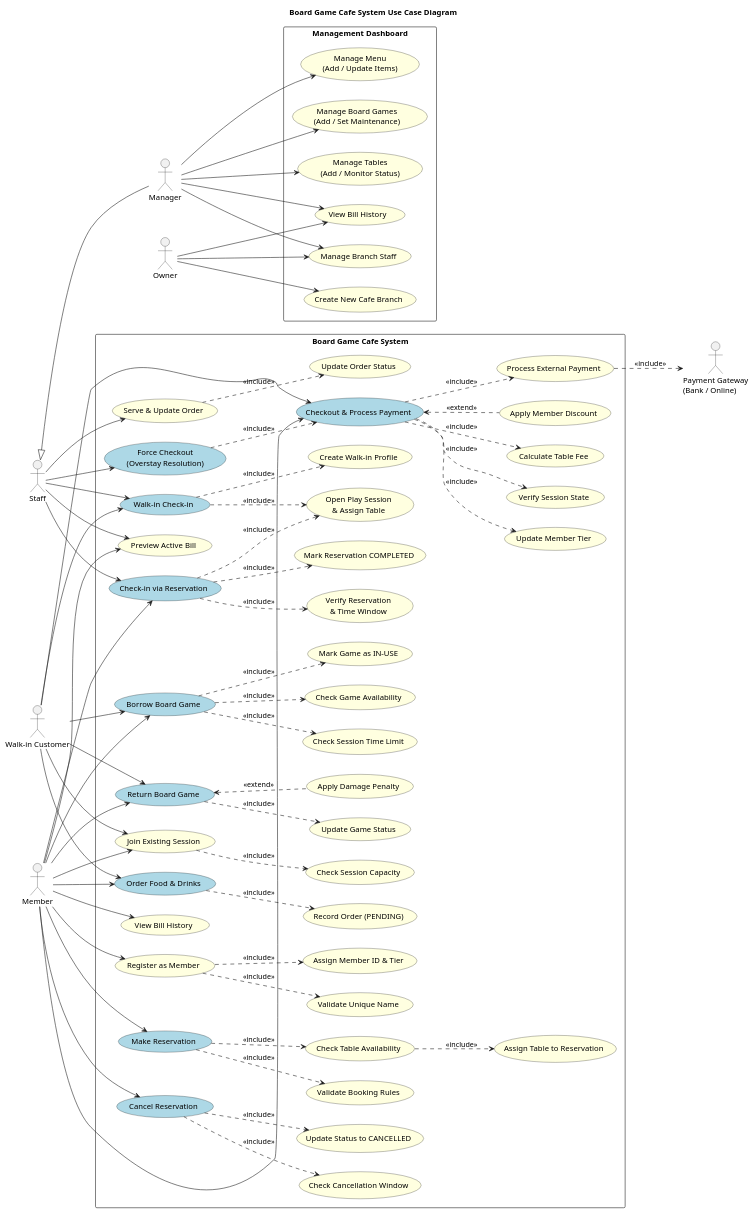
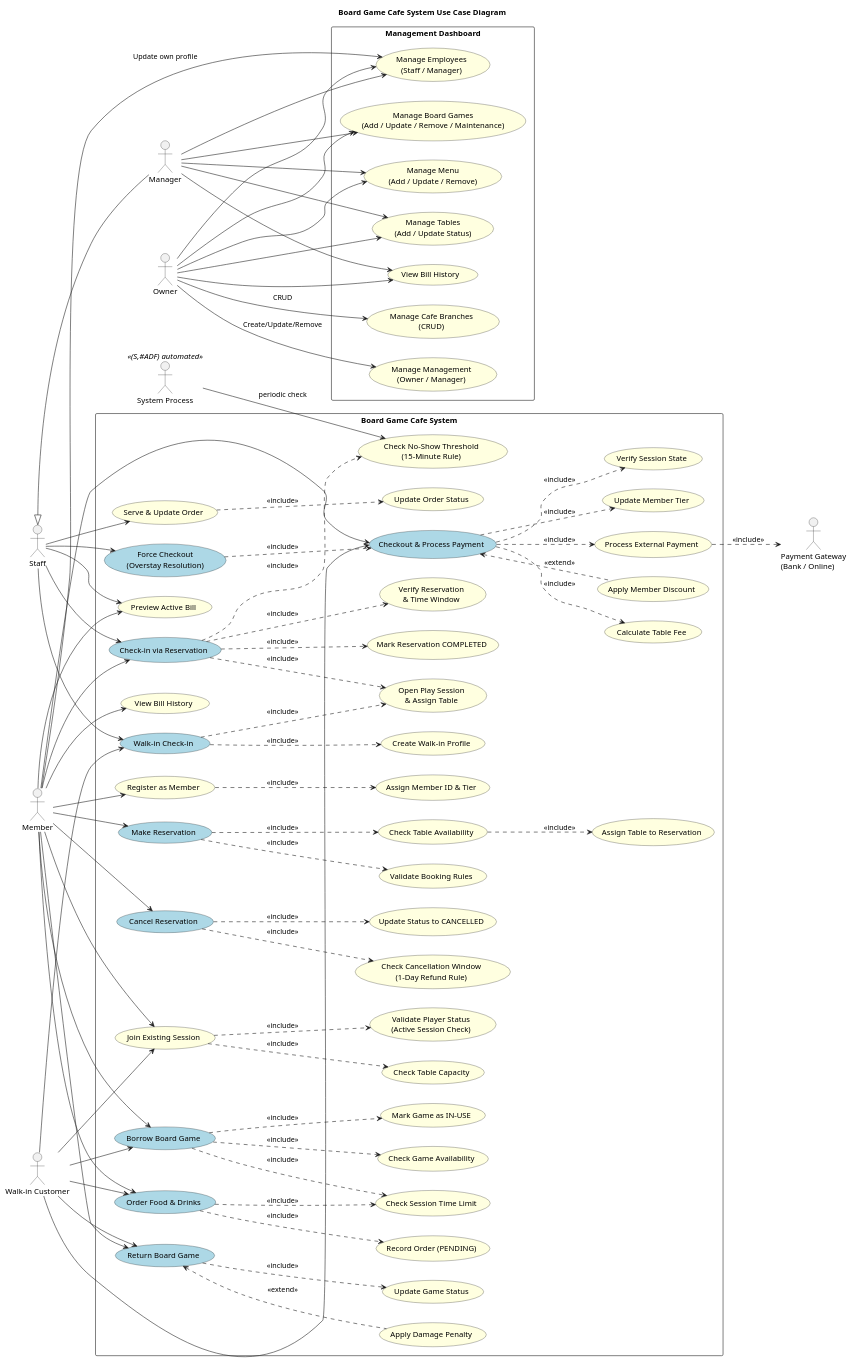
One commit to hii-nice-2-meet-u/OOP_Project changed the diagram in Diagram/_UseCase_Diagram.plantuml. Above: the diagram before and after it, drawn with PlantUML. The commit also changed 12 other files, not shown here.

```diff
--- a/Diagram/_UseCase_Diagram.plantuml
+++ b/Diagram/_UseCase_Diagram.plantuml
@@ -1,167 +1,179 @@
 @startuml
 left to right direction
 skinparam packageStyle rectangle
 
 title Board Game Cafe System Use Case Diagram
 
 ' -------------------------------
 ' Actors Definition
 ' -------------------------------
 actor "Member" as member
 actor "Walk-in Customer" as guest
 actor "Staff" as staff
 actor "Manager" as manager
 actor "Owner" as owner
+actor "System Process" as systemProc << (S,#ADF) automated >>
 actor "Payment Gateway\n(Bank / Online)" as payGateway
 
 ' Generalization: Manager IS-A Staff
 manager -up-|> staff
 
 ' -------------------------------
 ' System Boundary
 ' -------------------------------
 rectangle "Board Game Cafe System" {
 
     ' === REGISTRATION ===
     usecase "Register as Member" as UC_Register #LightYellow
-    usecase "Validate Unique Name" as UC_ValidateName #LightYellow
     usecase "Assign Member ID & Tier" as UC_AssignID #LightYellow
-    UC_Register ..> UC_ValidateName : <<include>>
     UC_Register ..> UC_AssignID : <<include>>
 
     ' === RESERVATION ===
     usecase "Make Reservation" as UC_MakeResv #LightBlue
     usecase "Validate Booking Rules" as UC_ValidateRules #LightYellow
     usecase "Check Table Availability" as UC_CheckTable #LightYellow
     usecase "Assign Table to Reservation" as UC_AssignTable #LightYellow
     UC_MakeResv ..> UC_ValidateRules : <<include>>
     UC_MakeResv ..> UC_CheckTable : <<include>>
     UC_CheckTable ..> UC_AssignTable : <<include>>
 
     usecase "Cancel Reservation" as UC_CancelResv #LightBlue
-    usecase "Check Cancellation Window" as UC_CheckCancelWindow #LightYellow
+    usecase "Check Cancellation Window\n(1-Day Refund Rule)" as UC_CheckCancelWindow #LightYellow
     usecase "Update Status to CANCELLED" as UC_SetCancelled #LightYellow
     UC_CancelResv ..> UC_CheckCancelWindow : <<include>>
     UC_CancelResv ..> UC_SetCancelled : <<include>>
 
     ' === CHECK-IN ===
     usecase "Walk-in Check-in" as UC_WalkIn #LightBlue
     usecase "Open Play Session\n& Assign Table" as UC_OpenSession #LightYellow
     usecase "Create Walk-in Profile" as UC_CreateWalkIn #LightYellow
     UC_WalkIn ..> UC_CreateWalkIn : <<include>>
     UC_WalkIn ..> UC_OpenSession : <<include>>
 
     usecase "Check-in via Reservation" as UC_CheckInResv #LightBlue
     usecase "Verify Reservation\n& Time Window" as UC_VerifyResv #LightYellow
+    usecase "Check No-Show Threshold\n(15-Minute Rule)" as UC_CheckNoShow #LightYellow
     usecase "Mark Reservation COMPLETED" as UC_MarkComplete #LightYellow
     UC_CheckInResv ..> UC_VerifyResv : <<include>>
     UC_CheckInResv ..> UC_OpenSession : <<include>>
     UC_CheckInResv ..> UC_MarkComplete : <<include>>
+    UC_CheckInResv ..> UC_CheckNoShow : <<include>>
+    systemProc --> UC_CheckNoShow : periodic check
 
     usecase "Join Existing Session" as UC_JoinSession #LightYellow
-    usecase "Check Session Capacity" as UC_CheckCap #LightYellow
+    usecase "Check Table Capacity" as UC_CheckCap #LightYellow
+    usecase "Validate Player Status\n(Active Session Check)" as UC_ValidateActivePlayer #LightYellow
     UC_JoinSession ..> UC_CheckCap : <<include>>
+    UC_JoinSession ..> UC_ValidateActivePlayer : <<include>>
+
+    usecase "Check Session Time Limit" as UC_CheckTimeLimit #LightYellow
 
     ' === IN-SESSION ===
     usecase "Order Food & Drinks" as UC_OrderFood #LightBlue
     usecase "Record Order (PENDING)" as UC_RecordOrder #LightYellow
     UC_OrderFood ..> UC_RecordOrder : <<include>>
+    UC_OrderFood ..> UC_CheckTimeLimit : <<include>>
 
     usecase "Serve & Update Order" as UC_ServeOrder #LightYellow
     usecase "Update Order Status" as UC_UpdateOrder #LightYellow
     UC_ServeOrder ..> UC_UpdateOrder : <<include>>
 
     usecase "Borrow Board Game" as UC_BorrowBG #LightBlue
     usecase "Check Game Availability" as UC_CheckBG #LightYellow
-    usecase "Check Session Time Limit" as UC_CheckTimeLimit #LightYellow
     usecase "Mark Game as IN-USE" as UC_MarkInUse #LightYellow
     UC_BorrowBG ..> UC_CheckBG : <<include>>
     UC_BorrowBG ..> UC_CheckTimeLimit : <<include>>
     UC_BorrowBG ..> UC_MarkInUse : <<include>>
 
     usecase "Return Board Game" as UC_ReturnBG #LightBlue
     usecase "Apply Damage Penalty" as UC_DamagePenalty #LightYellow
     usecase "Update Game Status" as UC_UpdateGameStatus #LightYellow
     UC_ReturnBG ..> UC_UpdateGameStatus : <<include>>
     UC_ReturnBG <.. UC_DamagePenalty : <<extend>>
 
     ' === CHECKOUT & BILLING ===
     usecase "Checkout & Process Payment" as UC_Checkout #LightBlue
     usecase "Verify Session State" as UC_VerifySession #LightYellow
     usecase "Calculate Table Fee" as UC_CalcFee #LightYellow
     usecase "Apply Member Discount" as UC_ApplyDiscount #LightYellow
     usecase "Process External Payment" as UC_ProcessPay #LightYellow
     usecase "Update Member Tier" as UC_UpdateTier #LightYellow
     UC_Checkout ..> UC_VerifySession : <<include>>
     UC_Checkout ..> UC_CalcFee : <<include>>
     UC_Checkout ..> UC_ProcessPay : <<include>>
     UC_Checkout ..> UC_UpdateTier : <<include>>
     UC_Checkout <.. UC_ApplyDiscount : <<extend>>
     UC_ProcessPay ..> payGateway : <<include>>
 
     usecase "Preview Active Bill" as UC_GetActiveBill #LightYellow
     usecase "View Bill History" as UC_ViewBill #LightYellow
 
     usecase "Force Checkout\n(Overstay Resolution)" as UC_ForceCheckout #LightBlue
     UC_ForceCheckout ..> UC_Checkout : <<include>>
 }
 
 ' -------------------------------
 ' Management Use Cases
 ' -------------------------------
 rectangle "Management Dashboard" {
-    usecase "Manage Menu\n(Add / Update Items)" as UC_ManageMenu #LightYellow
-    usecase "Manage Board Games\n(Add / Set Maintenance)" as UC_ManageBG #LightYellow
-    usecase "Manage Tables\n(Add / Monitor Status)" as UC_ManageTables #LightYellow
-    usecase "Manage Branch Staff" as UC_ManageStaff #LightYellow
-    usecase "Create New Cafe Branch" as UC_CreateBranch #LightYellow
+    usecase "Manage Menu\n(Add / Update / Remove)" as UC_ManageMenu #LightYellow
+    usecase "Manage Board Games\n(Add / Update / Remove / Maintenance)" as UC_ManageBG #LightYellow
+    usecase "Manage Tables\n(Add / Update Status)" as UC_ManageTables #LightYellow
+    usecase "Manage Employees\n(Staff / Manager)" as UC_ManageStaff #LightYellow
+    usecase "Manage Cafe Branches\n(CRUD)" as UC_ManageBranches #LightYellow
+    usecase "Manage Management\n(Owner / Manager)" as UC_ManageMgmt #LightYellow
     usecase "View Bill History " as UC_ViewBillMgr #LightYellow
 }
 
 ' -------------------------------
 ' Actor Associations
 ' -------------------------------
 
 ' --- Member ---
 member --> UC_Register
 member --> UC_MakeResv
 member --> UC_CancelResv
 member --> UC_CheckInResv
 member --> UC_JoinSession
 member --> UC_BorrowBG
 member --> UC_ReturnBG
 member --> UC_OrderFood
 member --> UC_Checkout
 member --> UC_ViewBill
+member --> UC_ManageStaff : Update own profile
 
 ' --- Walk-in Guest ---
 guest --> UC_WalkIn
 guest --> UC_JoinSession
 guest --> UC_BorrowBG
 guest --> UC_ReturnBG
 guest --> UC_OrderFood
 guest --> UC_Checkout
 
 ' --- Staff (Manager inherits via Generalization) ---
 staff --> UC_WalkIn
 staff --> UC_CheckInResv
 staff --> UC_ForceCheckout
 staff --> UC_ServeOrder
 staff --> UC_GetActiveBill
 
-' --- Manager + Owner (add_table/add_board_game/add_staff require OWNER or MANAGER auth) ---
+' --- Manager + Owner (Management Actions) ---
 manager --> UC_ManageMenu
 manager --> UC_ManageBG
 manager --> UC_ManageTables
 manager --> UC_ManageStaff
 manager --> UC_ViewBillMgr
 
 ' --- Member can also preview their own running bill ---
 member --> UC_GetActiveBill
 
-' --- Owner ---
-owner --> UC_CreateBranch
+' --- Owner (Full Authority) ---
+owner --> UC_ManageMenu
+owner --> UC_ManageBG
+owner --> UC_ManageTables
 owner --> UC_ManageStaff
+owner --> UC_ManageBranches : CRUD
+owner --> UC_ManageMgmt : Create/Update/Remove
 owner --> UC_ViewBillMgr
 
 @enduml
```
